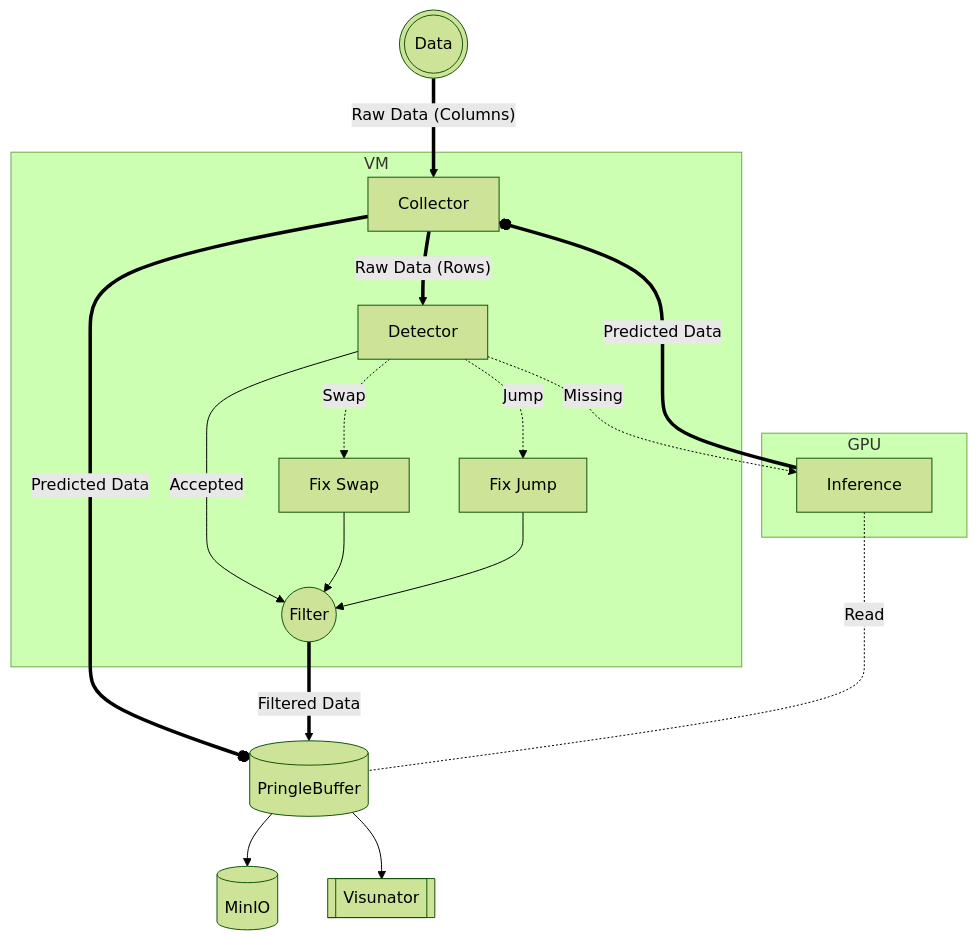
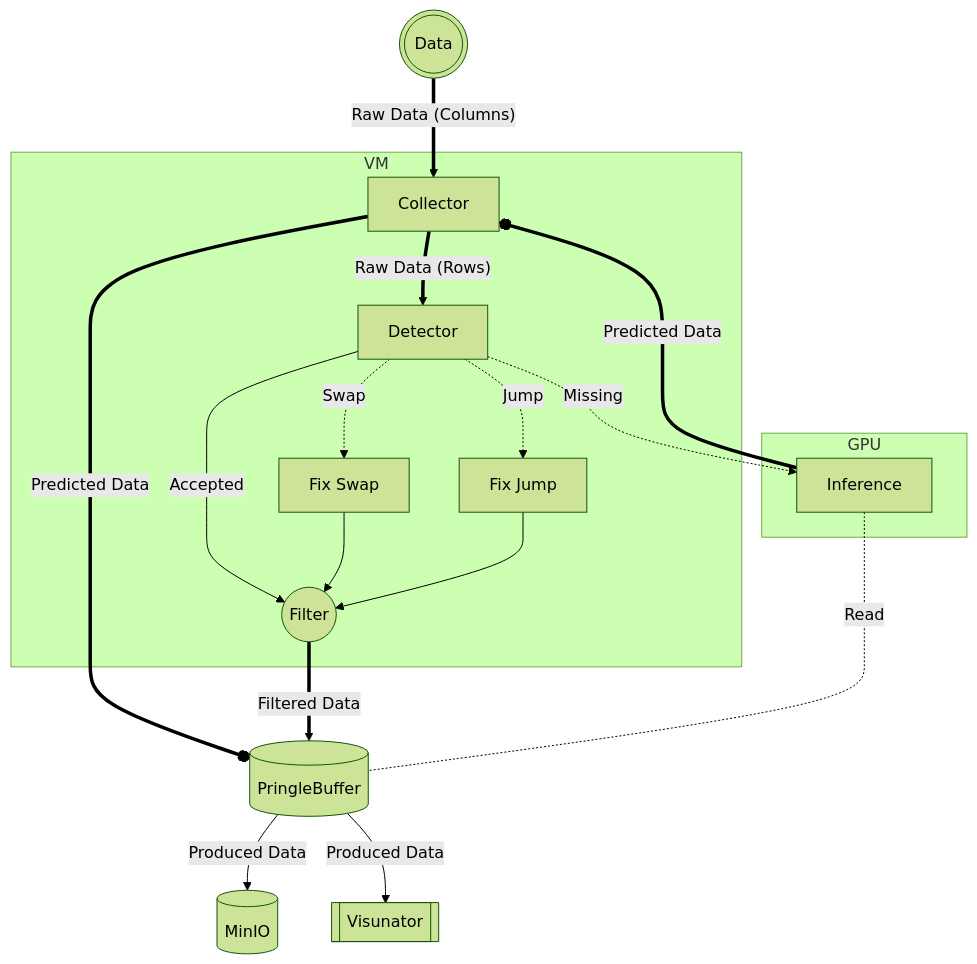
The diagram in README.md (Ygg-Drasill/DookieFilter), drawn with Mermaid (forest theme) before and after one commit.

````diff
--- a/README.md
+++ b/README.md
@@ -4,35 +4,35 @@
 ```mermaid
 graph TD;
     DataStream((("Data")));
     PB[(PringleBuffer)];
     MinIO[(MinIO)];
     Visunator[[Visunator]]
 
     DataStream ==>|Raw Data #40;Columns#41;|Collector;
-    PB -->MinIO & Visunator;
+    PB -->|Produced Data|MinIO & Visunator;
 
     subgraph VM
     Collector["Collector"];
     Detector["Detector"];
     FixSwap["Fix Swap"];
     FixJump["Fix Jump"];
     Filter(("Filter"));
 
     Collector ==>|Raw Data #40;Rows#41;|Detector;
     Detector -.->|Swap| FixSwap;
     Detector -.->|Jump| FixJump;
     Detector -->|Accepted|Filter;
     FixSwap & FixJump -->Filter;
     end
     Collector ==o|Predicted Data|PB;
     Filter ==>|Filtered Data|PB;
 
     Detector -.->|Missing|AIInterference;
     AIInterference -.-|Read|PB;
 
     subgraph GPU
     AIInterference["Inference"];
     end
 
     AIInterference ==o|Predicted Data|Collector;
 ```
````
